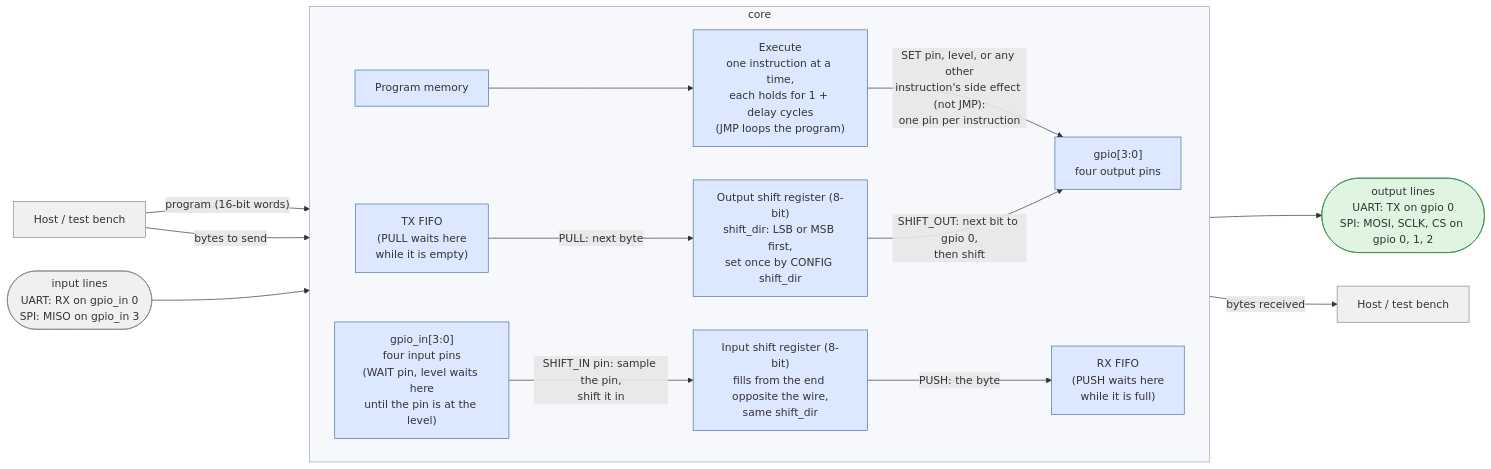
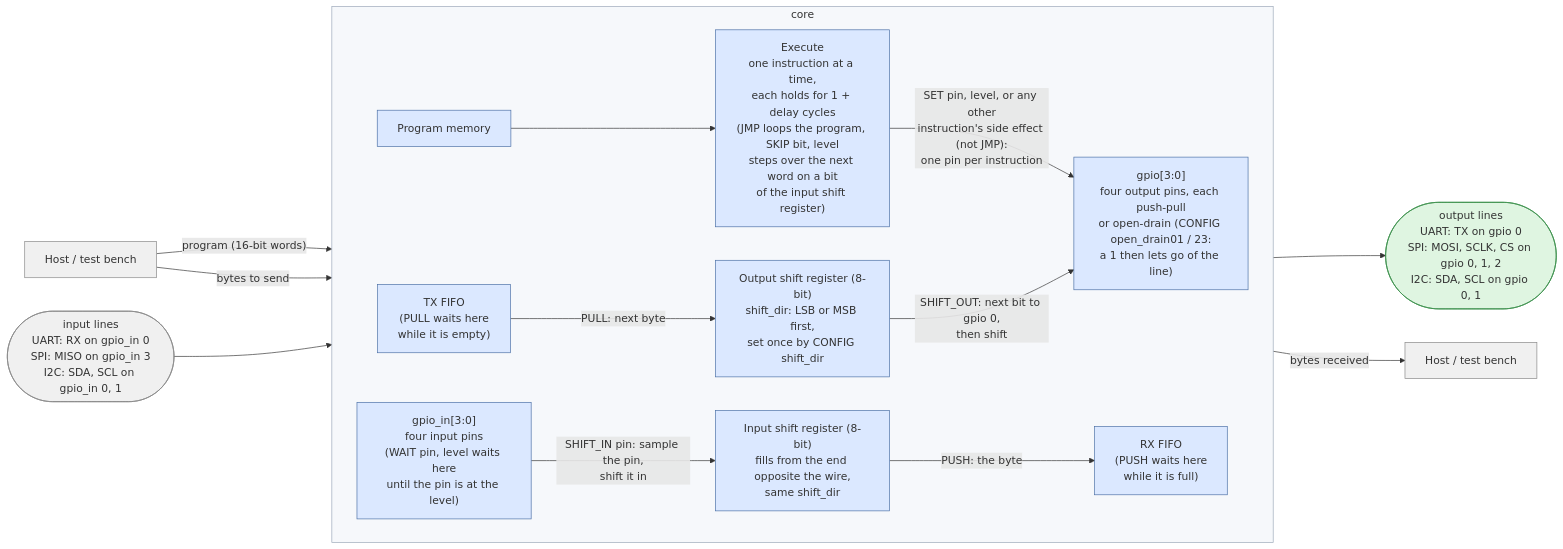
One commit to cshieldsce/smallcore changed the diagram in docs/overview.mmd. Above: the diagram before and after it, drawn with Mermaid. The commit also changed 11 other files, not shown here.

Commit message:
update diagrams for open drain pins, the config fields and skip

```diff
--- a/docs/overview.mmd
+++ b/docs/overview.mmd
@@ -1,32 +1,32 @@
 %% High-level view: what goes in, what comes out, and how a byte reaches the pins.
 flowchart LR
   classDef ext fill:#f0f0f0,stroke:#888
   classDef core fill:#dbe8ff,stroke:#4a6fa5
   classDef out fill:#dff5e1,stroke:#3a8f4a
 
   HOST["Host / test bench"]:::ext
   HOST -->|"program (16-bit words)"| IMEM
   HOST -->|"bytes to send"| FIFO
-  LINEIN(["input lines<br/>UART: RX on gpio_in 0<br/>SPI: MISO on gpio_in 3"]):::ext --> GIN
+  LINEIN(["input lines<br/>UART: RX on gpio_in 0<br/>SPI: MISO on gpio_in 3<br/>I2C: SDA, SCL on gpio_in 0,&nbsp;1"]):::ext --> GIN
 
   subgraph core["core"]
     direction LR
     IMEM["Program memory"]:::core
-    EXEC["Execute<br/>one instruction at a time,<br/>each holds for 1 + delay cycles<br/>(JMP loops the program)"]:::core
+    EXEC["Execute<br/>one instruction at a time,<br/>each holds for 1 + delay cycles<br/>(JMP loops the program, SKIP bit, level<br/>steps over the next word on a bit<br/>of the input shift register)"]:::core
     FIFO["TX FIFO<br/>(PULL waits here<br/>while it is empty)"]:::core
     SR["Output shift register (8-bit)<br/>shift_dir: LSB or MSB first,<br/>set once by CONFIG shift_dir"]:::core
-    PIN["gpio[3:0]<br/>four output pins"]:::core
+    PIN["gpio[3:0]<br/>four output pins, each push-pull<br/>or open-drain (CONFIG open_drain01 / 23:<br/>a 1 then lets go of the line)"]:::core
     GIN["gpio_in[3:0]<br/>four input pins<br/>(WAIT pin, level waits here<br/>until the pin is at the level)"]:::core
     ISR["Input shift register (8-bit)<br/>fills from the end opposite the wire,<br/>same shift_dir"]:::core
     RXF["RX FIFO<br/>(PUSH waits here<br/>while it is full)"]:::core
     IMEM --> EXEC
     EXEC -->|"SET pin, level, or any other<br/>instruction's side effect (not JMP):<br/>one pin per instruction"| PIN
     FIFO -->|"PULL: next byte"| SR
     SR -->|"SHIFT_OUT: next bit to gpio 0,<br/>then shift"| PIN
     GIN -->|"SHIFT_IN pin: sample the pin,<br/>shift it in"| ISR
     ISR -->|"PUSH: the byte"| RXF
   end
 
-  PIN --> LINE(["output lines<br/>UART: TX on gpio 0<br/>SPI: MOSI, SCLK, CS on gpio 0, 1, 2"]):::out
+  PIN --> LINE(["output lines<br/>UART: TX on gpio 0<br/>SPI: MOSI, SCLK, CS on gpio 0, 1, 2<br/>I2C: SDA, SCL on gpio 0,&nbsp;1"]):::out
   RXF -->|"bytes received"| HOSTRX["Host / test bench"]:::ext
   style core fill:#f6f8fb,stroke:#9aa7b8
```
